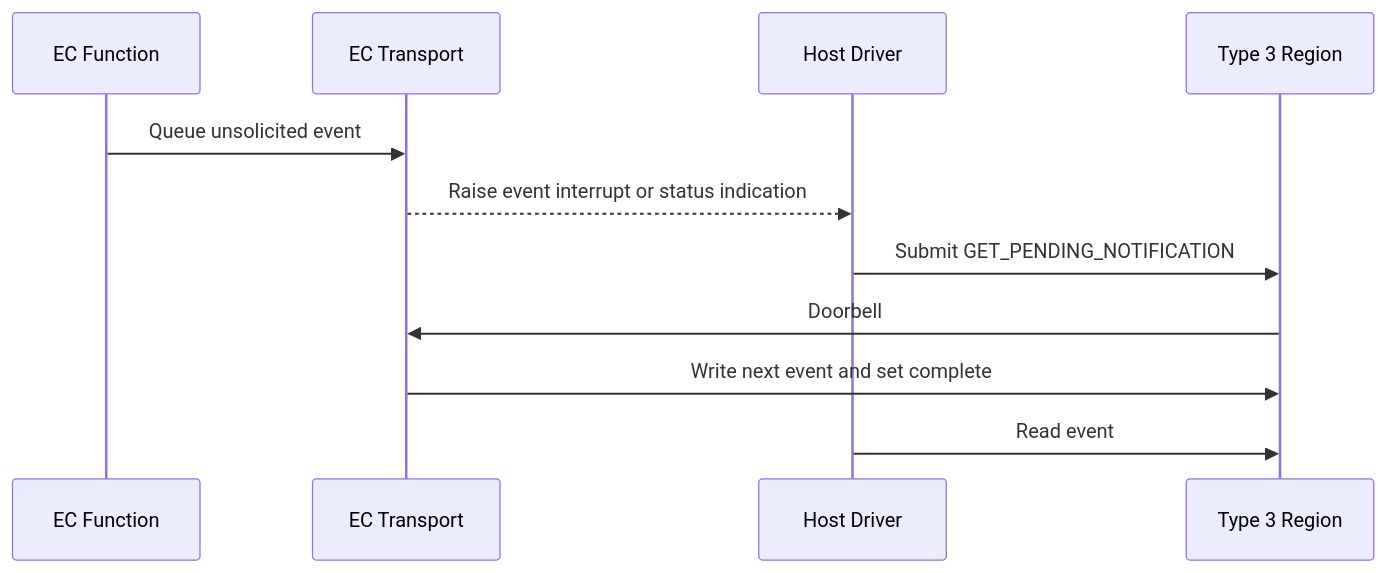
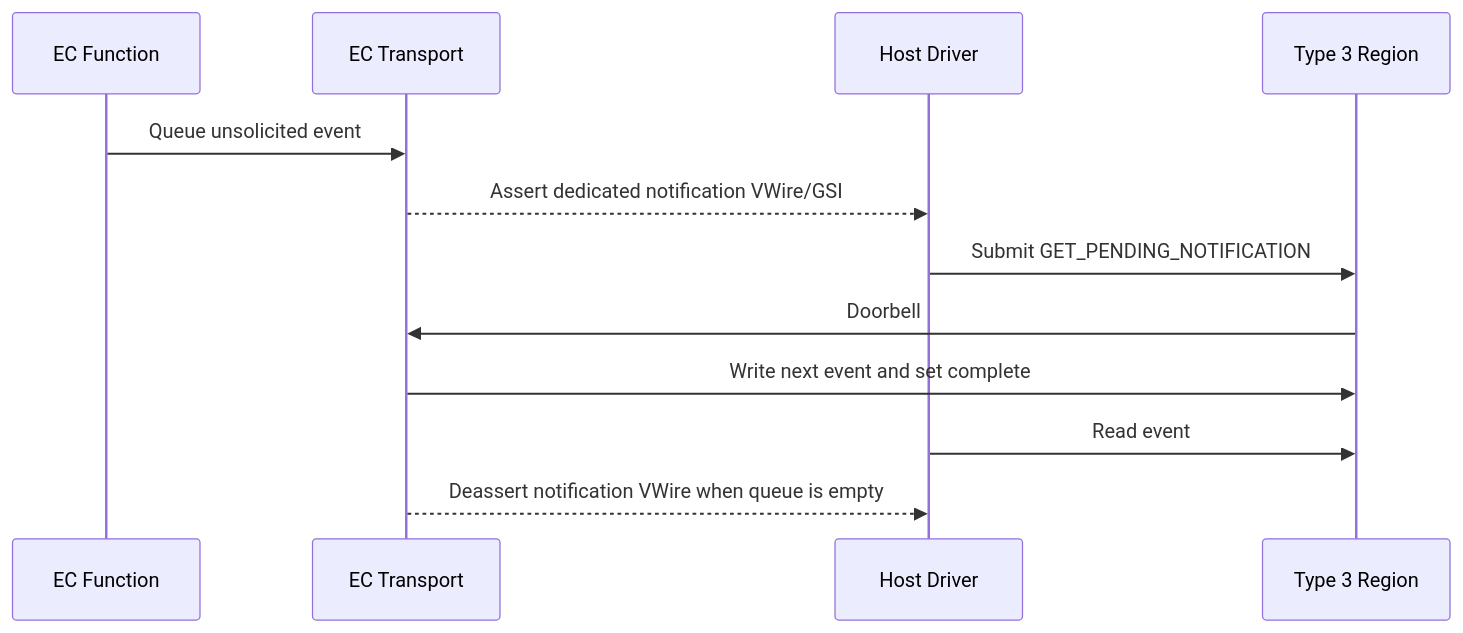
Diagram 11 of 11 in docs/src/specs/ec_interface/espi/espi_pcc_draft.md (OpenDevicePartnership/odp-embedded-controller), drawn with Mermaid before and after one commit. The commit also changed other lines of this file and 2 other files, not shown here.

````diff
--- a/docs/src/specs/ec_interface/espi/espi_pcc_draft.md
+++ b/docs/src/specs/ec_interface/espi/espi_pcc_draft.md
@@ -671,14 +677,15 @@
 ```mermaid
 sequenceDiagram
     participant Function as EC Function
     participant EC as EC Transport
     participant Host as Host Driver
     participant T3 as Type 3 Region
 
     Function->>EC: Queue unsolicited event
-    EC-->>Host: Raise event interrupt or status indication
+    EC-->>Host: Assert dedicated notification VWire/GSI
     Host->>T3: Submit GET_PENDING_NOTIFICATION
     T3->>EC: Doorbell
     EC->>T3: Write next event and set complete
     Host->>T3: Read event
+    EC-->>Host: Deassert notification VWire when queue is empty
 ```
````
